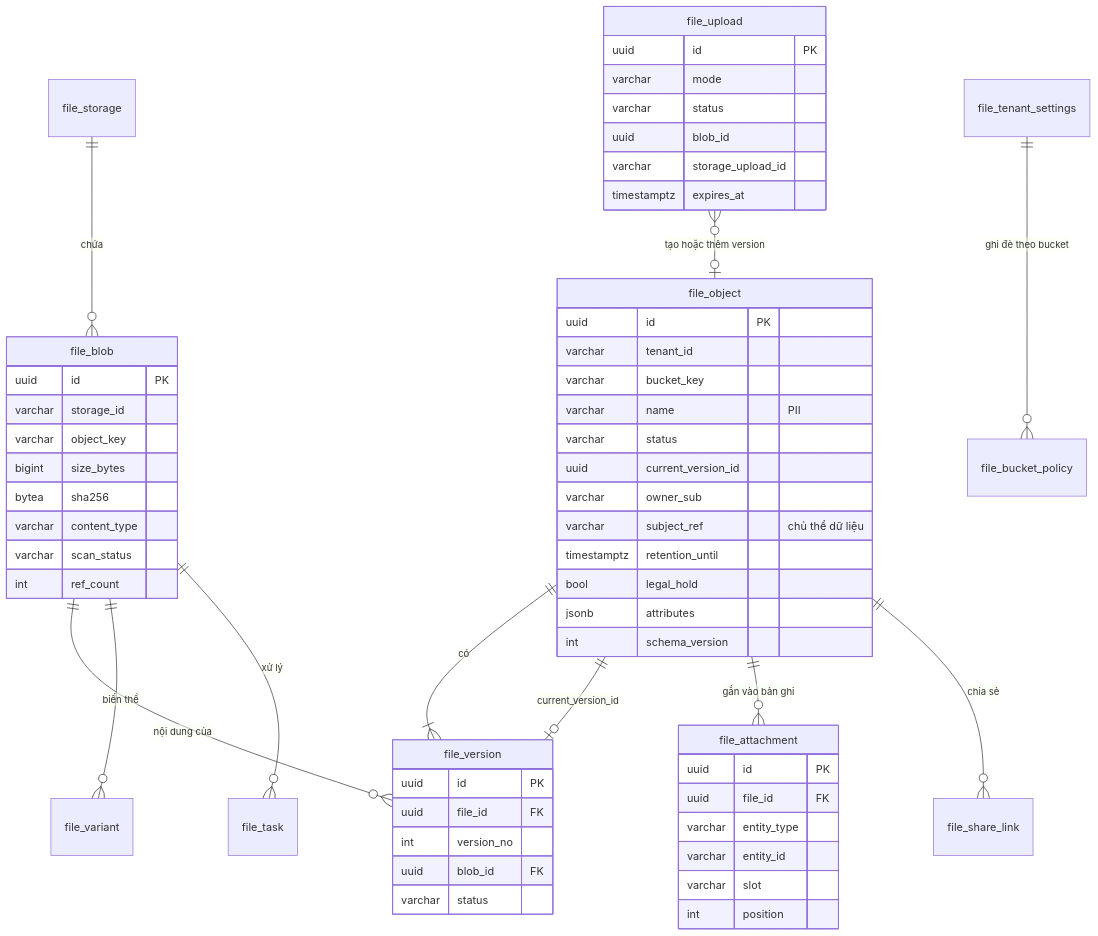
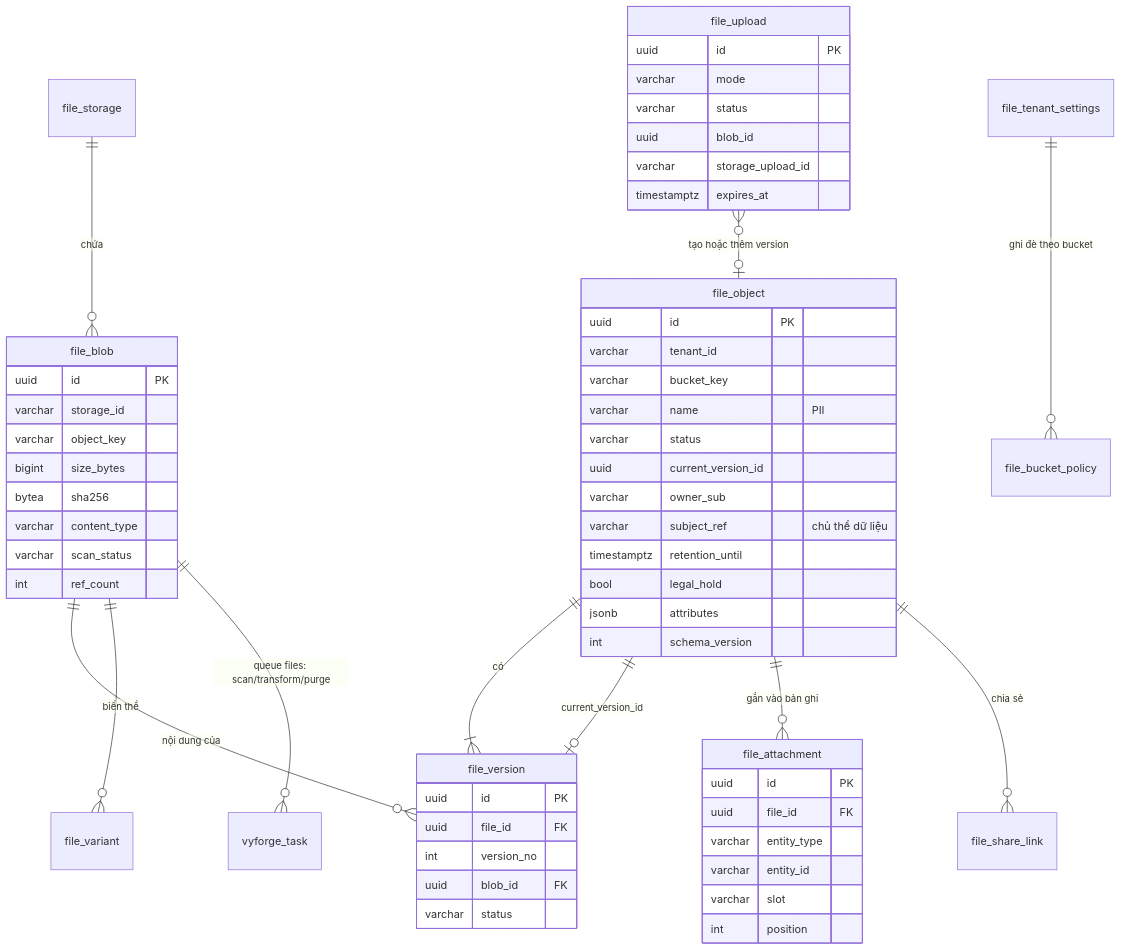
One commit to vyforge/.github changed the seventh of 7 diagrams in docs/design/files.md. Above: the diagram before and after it, drawn with Mermaid. The commit also changed other lines of this file, not shown here.

Commit message:
docs(design): files uses the shared P1 foundation (SecretCipher, DurableTaskQueue, StarterSchemaMigrator)

````diff
--- a/docs/design/files.md
+++ b/docs/design/files.md
@@ -444,61 +448,61 @@
 ```mermaid
 erDiagram
   file_storage ||--o{ file_blob : "chứa"
   file_blob ||--o{ file_version : "nội dung của"
   file_object ||--|{ file_version : "có"
   file_object ||--o| file_version : "current_version_id"
   file_object ||--o{ file_attachment : "gắn vào bản ghi"
   file_object ||--o{ file_share_link : "chia sẻ"
   file_blob ||--o{ file_variant : "biến thể"
   file_upload }o--o| file_object : "tạo hoặc thêm version"
-  file_blob ||--o{ file_task : "xử lý"
+  file_blob ||--o{ vyforge_task : "queue files: scan/transform/purge"
   file_tenant_settings ||--o{ file_bucket_policy : "ghi đè theo bucket"
 
   file_object {
     uuid id PK
     varchar tenant_id
     varchar bucket_key
     varchar name "PII"
     varchar status
     uuid current_version_id
     varchar owner_sub
     varchar subject_ref "chủ thể dữ liệu"
     timestamptz retention_until
     bool legal_hold
     jsonb attributes
     int schema_version
   }
   file_version {
     uuid id PK
     uuid file_id FK
     int version_no
     uuid blob_id FK
     varchar status
   }
   file_blob {
     uuid id PK
     varchar storage_id
     varchar object_key
     bigint size_bytes
     bytea sha256
     varchar content_type
     varchar scan_status
     int ref_count
   }
   file_attachment {
     uuid id PK
     uuid file_id FK
     varchar entity_type
     varchar entity_id
     varchar slot
     int position
   }
   file_upload {
     uuid id PK
     varchar mode
     varchar status
     uuid blob_id
     varchar storage_upload_id
     timestamptz expires_at
   }
 ```
````
